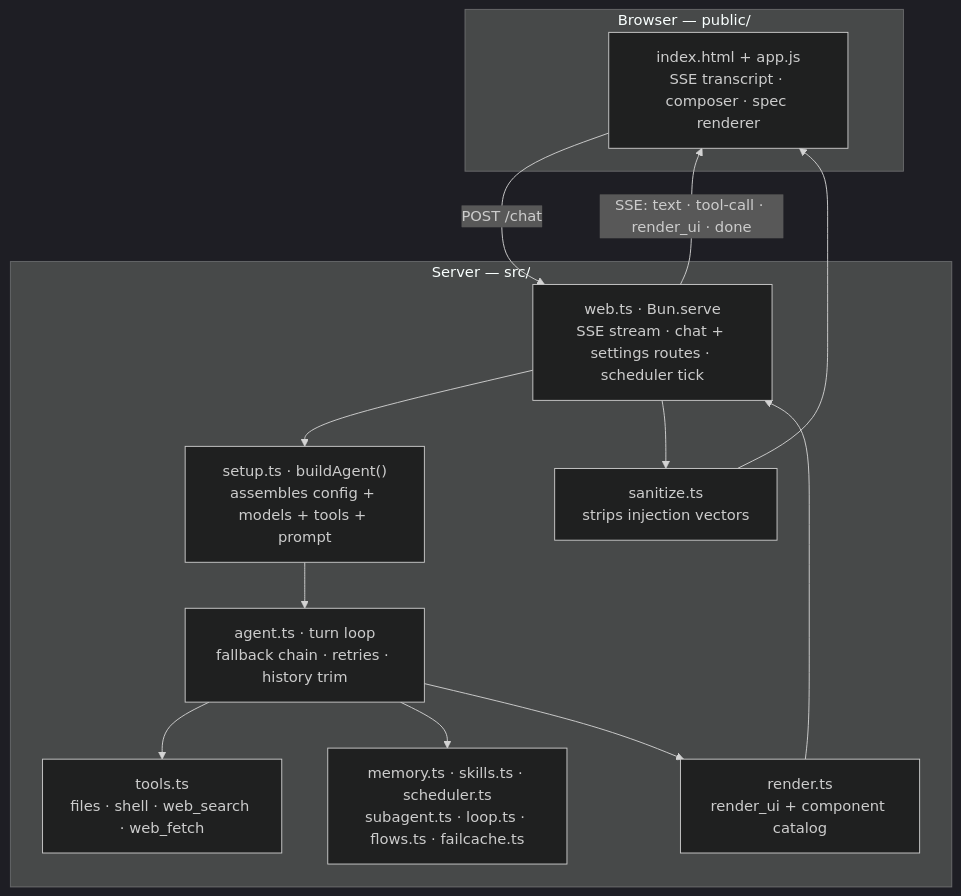
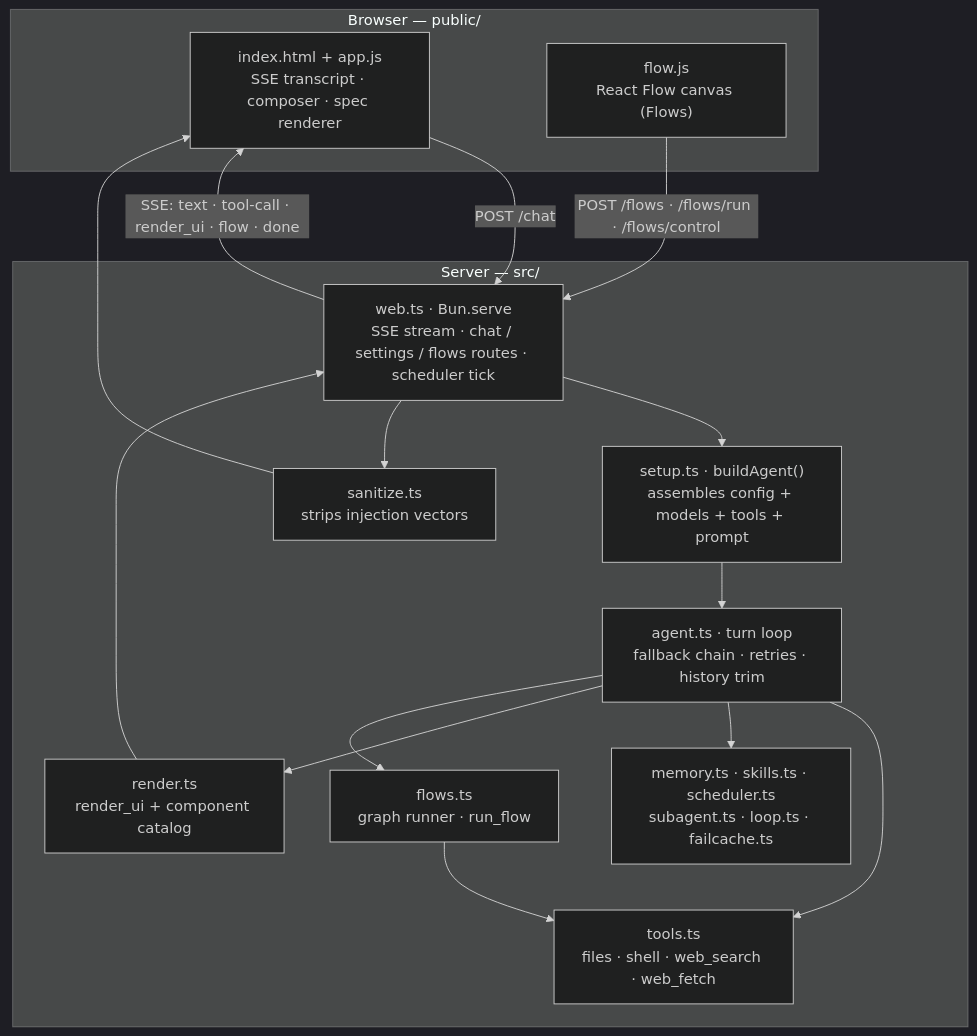
One commit to Adhishtanaka/adhd changed the first of 4 diagrams in README.md. Above: the diagram before and after it, drawn with Mermaid (dark theme). The commit also changed other lines of this file, not shown here.

````diff
--- a/README.md
+++ b/README.md
@@ -20,27 +49,32 @@
 ```mermaid
 flowchart TB
   subgraph browser["Browser — public/"]
     ui["index.html + app.js<br/>SSE transcript · composer · spec renderer"]
+    flow["flow.js<br/>React Flow canvas (Flows)"]
   end
 
   subgraph server["Server — src/"]
-    web["web.ts · Bun.serve<br/>SSE stream · chat + settings routes · scheduler tick"]
+    web["web.ts · Bun.serve<br/>SSE stream · chat / settings / flows routes · scheduler tick"]
     setup["setup.ts · buildAgent()<br/>assembles config + models + tools + prompt"]
     agent["agent.ts · turn loop<br/>fallback chain · retries · history trim"]
     tools["tools.ts<br/>files · shell · web_search · web_fetch"]
+    flows["flows.ts<br/>graph runner · run_flow"]
     render["render.ts<br/>render_ui + component catalog"]
-    extra["memory.ts · skills.ts · scheduler.ts<br/>subagent.ts · loop.ts · flows.ts · failcache.ts"]
+    extra["memory.ts · skills.ts · scheduler.ts<br/>subagent.ts · loop.ts · failcache.ts"]
     san["sanitize.ts<br/>strips injection vectors"]
   end
 
   ui -- "POST /chat" --> web
-  web -- "SSE: text · tool-call · render_ui · done" --> ui
+  flow -- "POST /flows · /flows/run · /flows/control" --> web
+  web -- "SSE: text · tool-call · render_ui · flow · done" --> ui
   web --> setup
   setup --> agent
   agent --> tools
   agent --> extra
   agent --> render
+  agent --> flows
+  flows --> tools
   render --> web
   web --> san
   san --> ui
 ```
````
